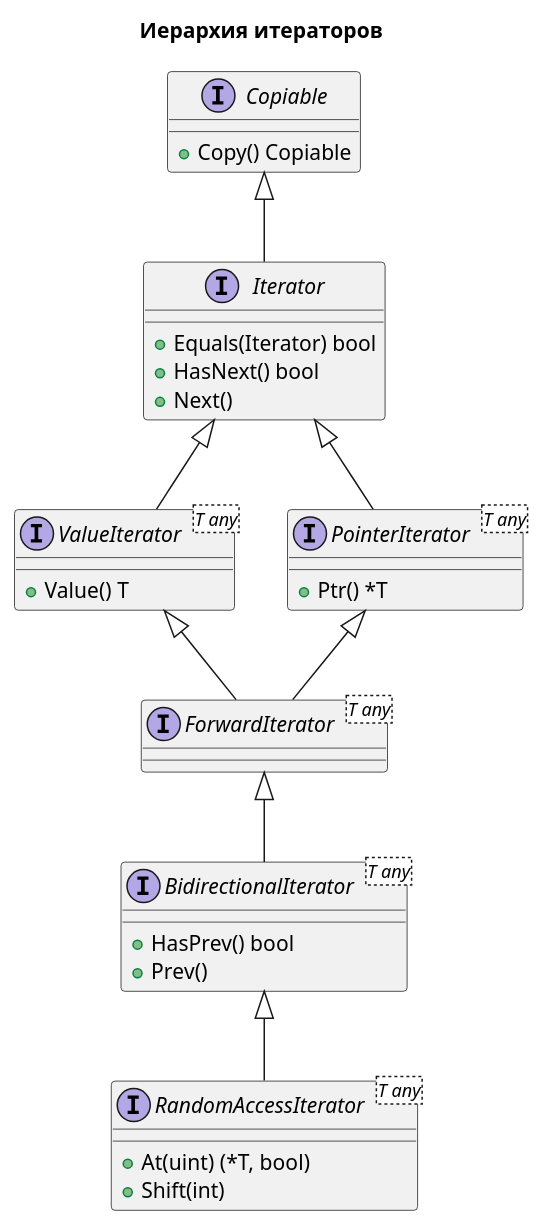
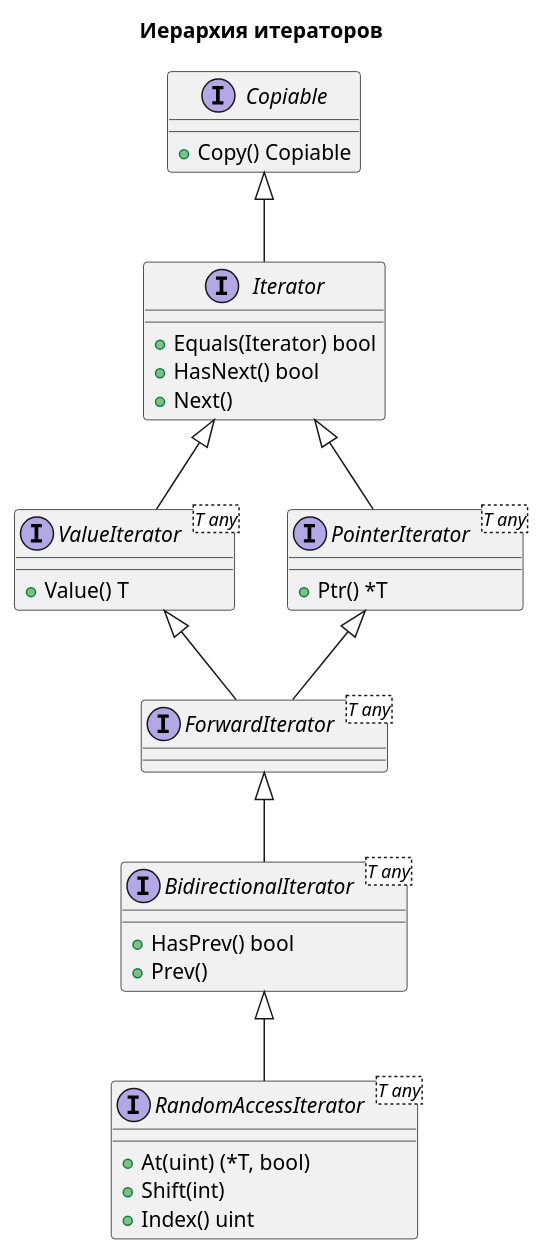
One commit to Delisa-sama/collections changed the diagram in diagrams/iterator-hierarchy.puml. Above: the diagram before and after it, drawn with PlantUML. The commit also changed 6 other files, not shown here.

```diff
--- a/diagrams/iterator-hierarchy.puml
+++ b/diagrams/iterator-hierarchy.puml
@@ -1,45 +1,46 @@
 @startuml
 'https://plantuml.com/class-diagram
 
 title "Иерархия итераторов"
 
 interface Copiable {
     +Copy() Copiable
 }
 
 interface Iterator {
     +Equals(Iterator) bool
     +HasNext() bool
     +Next()
 }
 
 interface ValueIterator<T any> {
     +Value() T
 }
 
 interface PointerIterator<T any> {
     +Ptr() *T
 }
 
 interface ForwardIterator<T any> {}
 
 interface BidirectionalIterator<T any> {
     +HasPrev() bool
     +Prev()
 }
 
 interface RandomAccessIterator<T any> {
     +At(uint) (*T, bool)
     +Shift(int)
+    +Index() uint
 }
 
 Copiable <|-- Iterator
 Iterator <|-- ValueIterator
 Iterator <|-- PointerIterator
 ValueIterator <|-- ForwardIterator
 PointerIterator <|-- ForwardIterator
 ForwardIterator <|-- BidirectionalIterator
 BidirectionalIterator <|-- RandomAccessIterator
 
 
 @enduml
```
